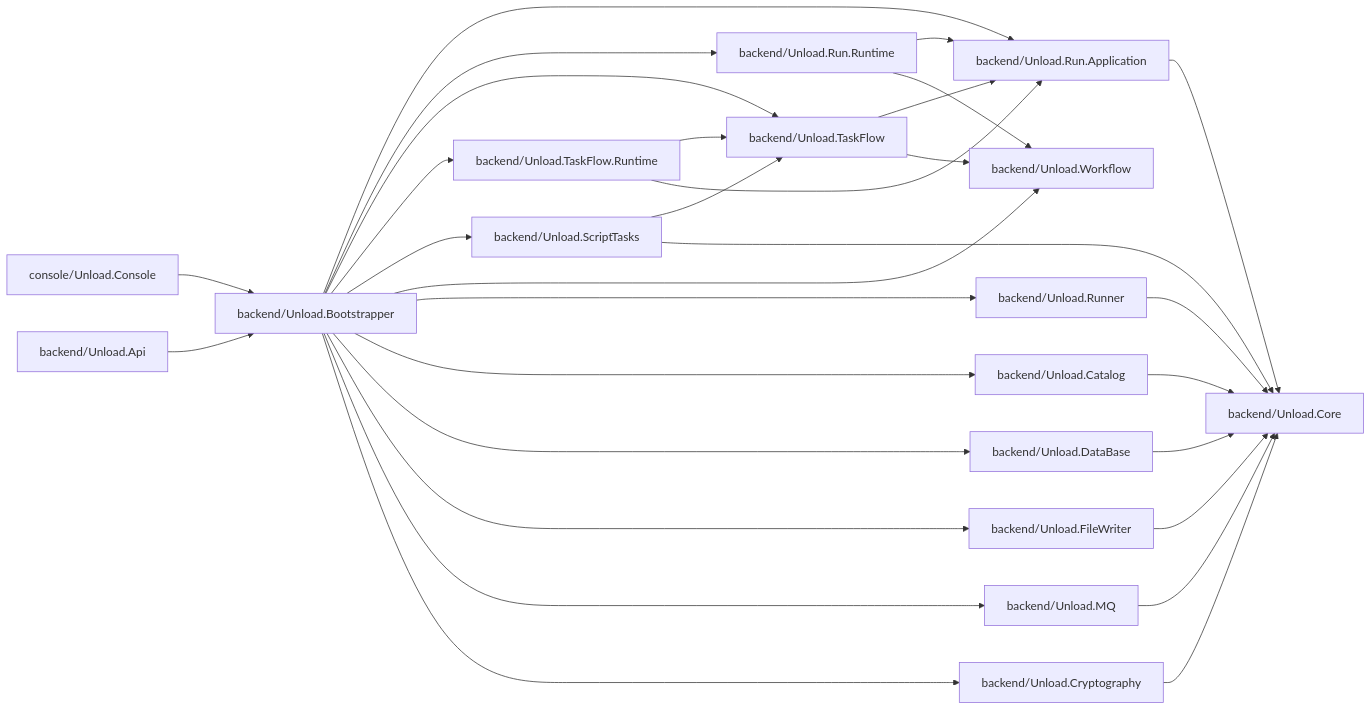
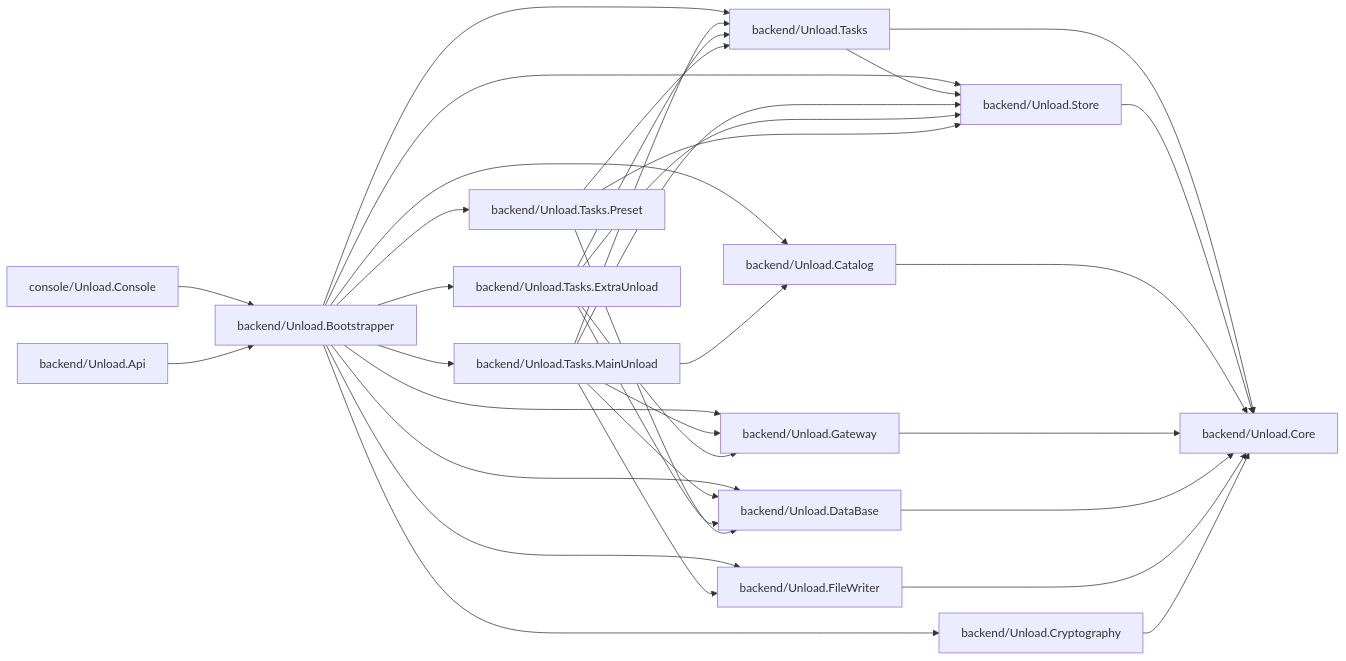
Before and after one commit to Dehydrohaloalkan/unload: the first of 2 diagrams in docs/ARCHITECTURE.md, drawn with Mermaid. The commit also changed other lines of this file and 3 other files, not shown here.

````diff
--- a/docs/ARCHITECTURE.md
+++ b/docs/ARCHITECTURE.md
@@ -234,34 +155,38 @@
 ```mermaid
 flowchart LR
     Console["console/Unload.Console"] --> Bootstrapper["backend/Unload.Bootstrapper"]
     Api["backend/Unload.Api"] --> Bootstrapper
 
-    Bootstrapper --> RunApp["backend/Unload.Run.Application"]
-    Bootstrapper --> RunRuntime["backend/Unload.Run.Runtime"]
-    Bootstrapper --> TaskFlow["backend/Unload.TaskFlow"]
-    Bootstrapper --> TaskRuntime["backend/Unload.TaskFlow.Runtime"]
-    Bootstrapper --> ScriptTasks["backend/Unload.ScriptTasks"]
-    Bootstrapper --> Workflow["backend/Unload.Workflow"]
-    Bootstrapper --> Runner["backend/Unload.Runner"]
+    Bootstrapper --> Tasks["backend/Unload.Tasks"]
+    Bootstrapper --> MainUnload["backend/Unload.Tasks.MainUnload"]
+    Bootstrapper --> ExtraUnload["backend/Unload.Tasks.ExtraUnload"]
+    Bootstrapper --> Preset["backend/Unload.Tasks.Preset"]
+    Bootstrapper --> Store["backend/Unload.Store"]
     Bootstrapper --> Catalog["backend/Unload.Catalog"]
     Bootstrapper --> Db["backend/Unload.DataBase"]
     Bootstrapper --> Writer["backend/Unload.FileWriter"]
-    Bootstrapper --> Mq["backend/Unload.MQ"]
+    Bootstrapper --> Gateway["backend/Unload.Gateway"]
     Bootstrapper --> Crypto["backend/Unload.Cryptography"]
-    RunApp --> Core["backend/Unload.Core"]
-    RunRuntime --> RunApp
-    RunRuntime --> Workflow
-    TaskFlow --> RunApp
-    TaskFlow --> Workflow
-    TaskRuntime --> TaskFlow
-    TaskRuntime --> RunApp
 
-    Runner --> Core
+    Tasks --> Store
+    Tasks --> Core["backend/Unload.Core"]
+    Store --> Core
+    MainUnload --> Tasks
+    MainUnload --> Store
+    MainUnload --> Catalog
+    MainUnload --> Db
+    MainUnload --> Writer
+    MainUnload --> Gateway
+    ExtraUnload --> Tasks
+    ExtraUnload --> Store
+    ExtraUnload --> Db
+    ExtraUnload --> Gateway
+    Preset --> Tasks
+    Preset --> Store
+    Preset --> Db
     Catalog --> Core
+    Gateway --> Core
     Db --> Core
     Writer --> Core
-    Mq --> Core
     Crypto --> Core
-    ScriptTasks --> TaskFlow
-    ScriptTasks --> Core
 ```
````
